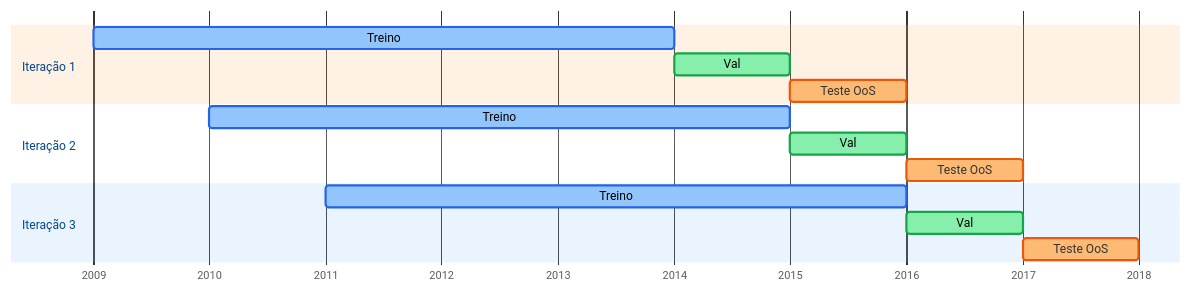
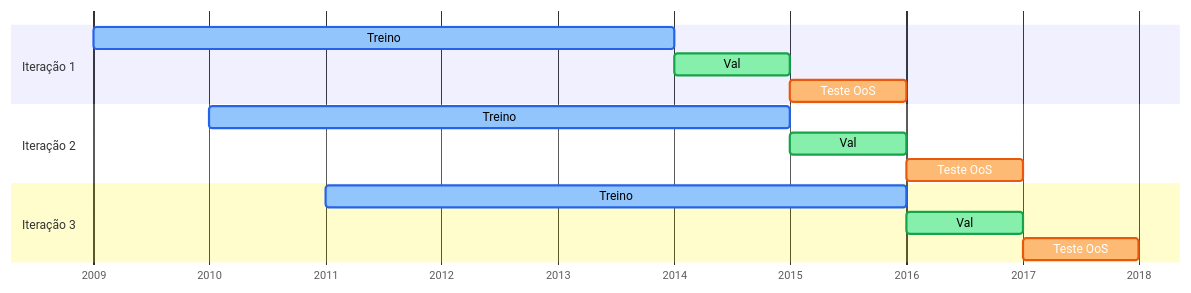
The second of 3 diagrams in README.md (jpmsilva1/MSR_TCN), drawn with Mermaid before and after one commit.

Commit message:
docs: Corrige heranca dinamica de cor no Gantt para GitHub Dark/Light Mode

````diff
--- a/README.md
+++ b/README.md
@@ -108,39 +108,32 @@
 ```mermaid
 %%{init: {
-  'theme': 'base',
   'themeVariables': {
-    'primaryColor': '#93c5fd',
-    'primaryBorderColor': '#2563eb',
-    'secondaryColor': '#86efac',
-    'secondaryBorderColor': '#16a34a',
-    'tertiaryColor': '#fdba74',
-    'tertiaryBorderColor': '#ea580c',
     'activeTaskBkgColor': '#93c5fd',
     'activeTaskBorderColor': '#2563eb',
     'doneTaskBkgColor': '#86efac',
     'doneTaskBorderColor': '#16a34a',
     'critBkgColor': '#fdba74',
     'critBorderColor': '#ea580c',
     'taskTextDarkColor': '#000000',
     'taskTextLightColor': '#000000'
   }
 }}%%
 gantt
     dateFormat YYYY
     axisFormat %Y
     
     section Iteração 1
     Treino   :active, t1, 2009-01-01, 5y
     Val      :done, v1, after t1, 1y
     Teste OoS:crit, o1, after v1, 1y
 
     section Iteração 2
     Treino   :active, t2, 2010-01-01, 5y
     Val      :done, v2, after t2, 1y
     Teste OoS:crit, o2, after v2, 1y
 
     section Iteração 3
     Treino   :active, t3, 2011-01-01, 5y
     Val      :done, v3, after t3, 1y
     Teste OoS:crit, o3, after v3, 1y
 ```
````
